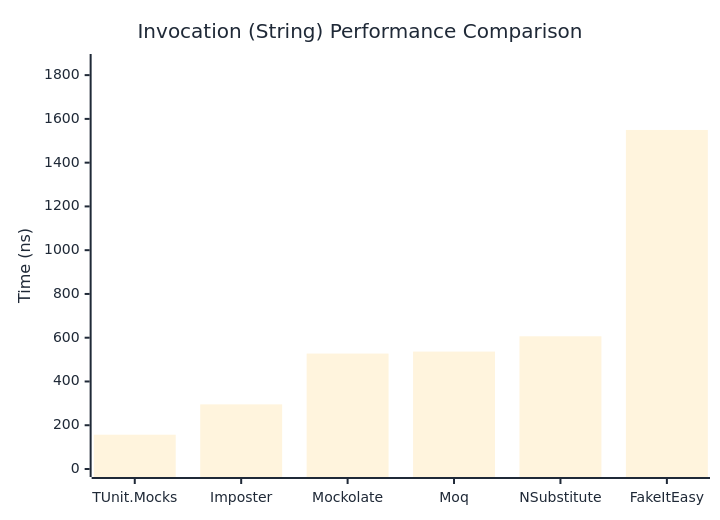
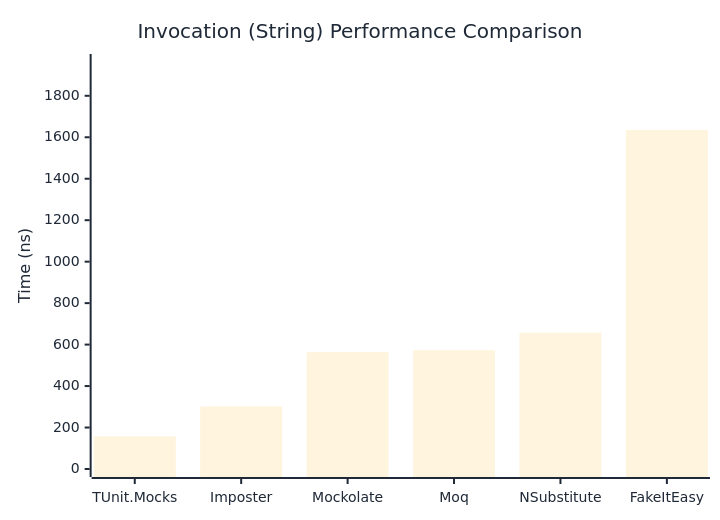
One commit to thomhurst/TUnit changed the second of 3 diagrams in docs/docs/benchmarks/mocks/Invocation.md. Above: the diagram before and after it, drawn with Mermaid. The commit also changed other lines of this file and 14 other files, not shown here.

````diff
--- a/docs/docs/benchmarks/mocks/Invocation.md
+++ b/docs/docs/benchmarks/mocks/Invocation.md
@@ -69,27 +69,27 @@
 ```mermaid
 %%{init: {
   'theme':'base',
   'themeVariables': {
     'primaryColor': '#2563eb',
     'primaryTextColor': '#1f2937',
     'primaryBorderColor': '#1e40af',
     'lineColor': '#6b7280',
     'secondaryColor': '#7c3aed',
     'tertiaryColor': '#dc2626',
     'background': '#ffffff',
     'pie1': '#2563eb',
     'pie2': '#7c3aed',
     'pie3': '#dc2626',
     'pie4': '#f59e0b',
     'pie5': '#10b981',
     'pie6': '#06b6d4',
     'pie7': '#ec4899',
     'pie8': '#6366f1'
   }
 }}%%
 xychart-beta
   title "Invocation (String) Performance Comparison"
   x-axis ["TUnit.Mocks", "Imposter", "Mockolate", "Moq", "NSubstitute", "FakeItEasy"]
-  y-axis "Time (ns)" 0 --> 1860
-  bar [156.7, 295.4, 527.5, 536.6, 606.6, 1549.4]
+  y-axis "Time (ns)" 0 --> 1963
+  bar [157.3, 302, 563.5, 573, 657.6, 1635.1]
 ```
````
